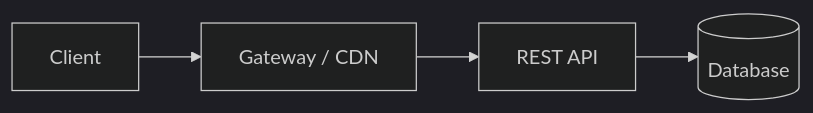
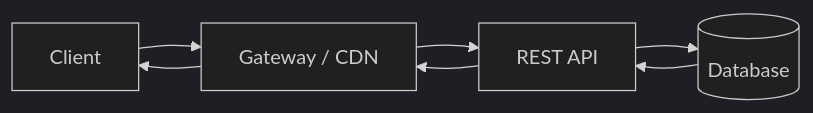
One commit to hareramcse/SystemDesign changed the first of 28 diagrams in 07-api-design/README.md. Above: the diagram before and after it, drawn with Mermaid (dark theme). The commit also changed other lines of this file and 14 other files, not shown here.

````diff
--- a/07-api-design/README.md
+++ b/07-api-design/README.md
@@ -205,6 +112,9 @@
 ```mermaid
 flowchart LR
     C[Client] --> GW[Gateway / CDN]
     GW --> API[REST API]
     API --> DB[(Database)]
+    DB --> API
+    API --> GW
+    GW --> C
 ```
````
